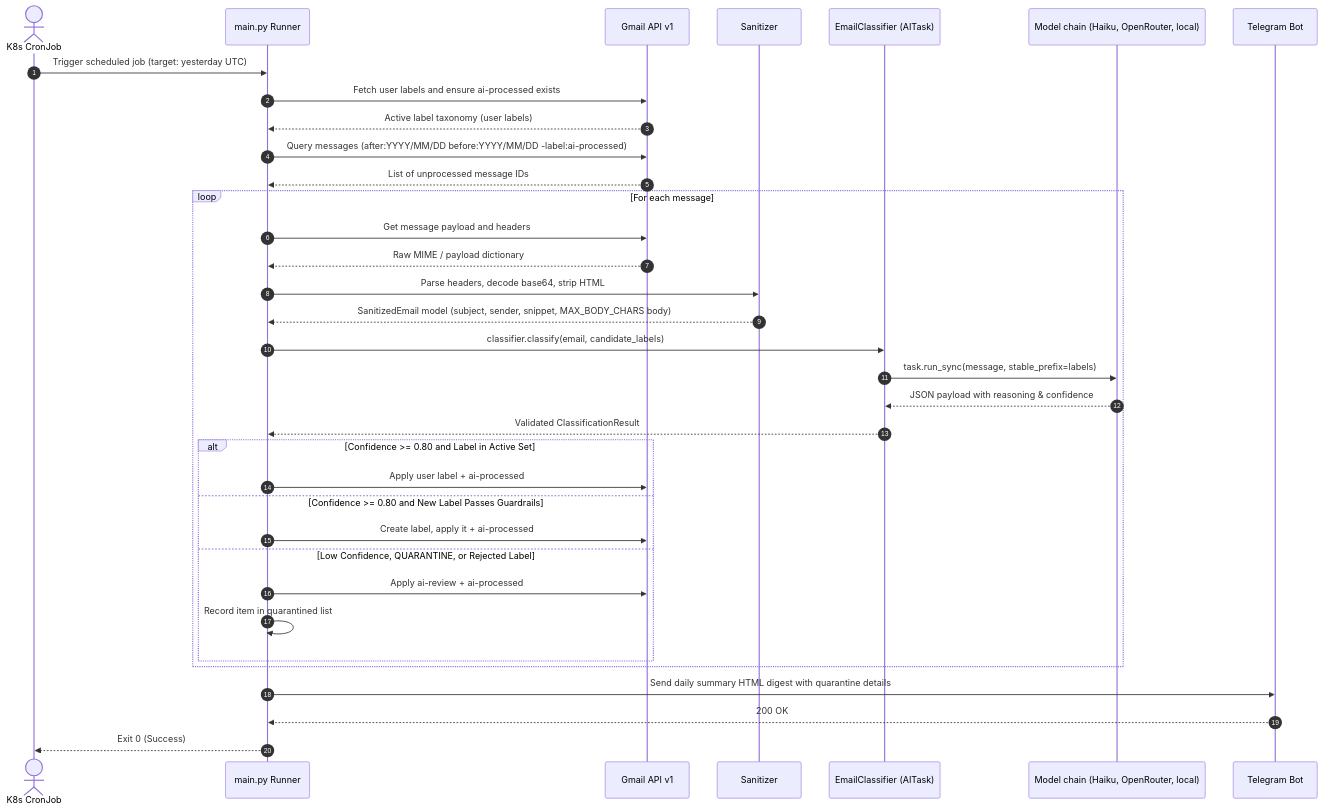
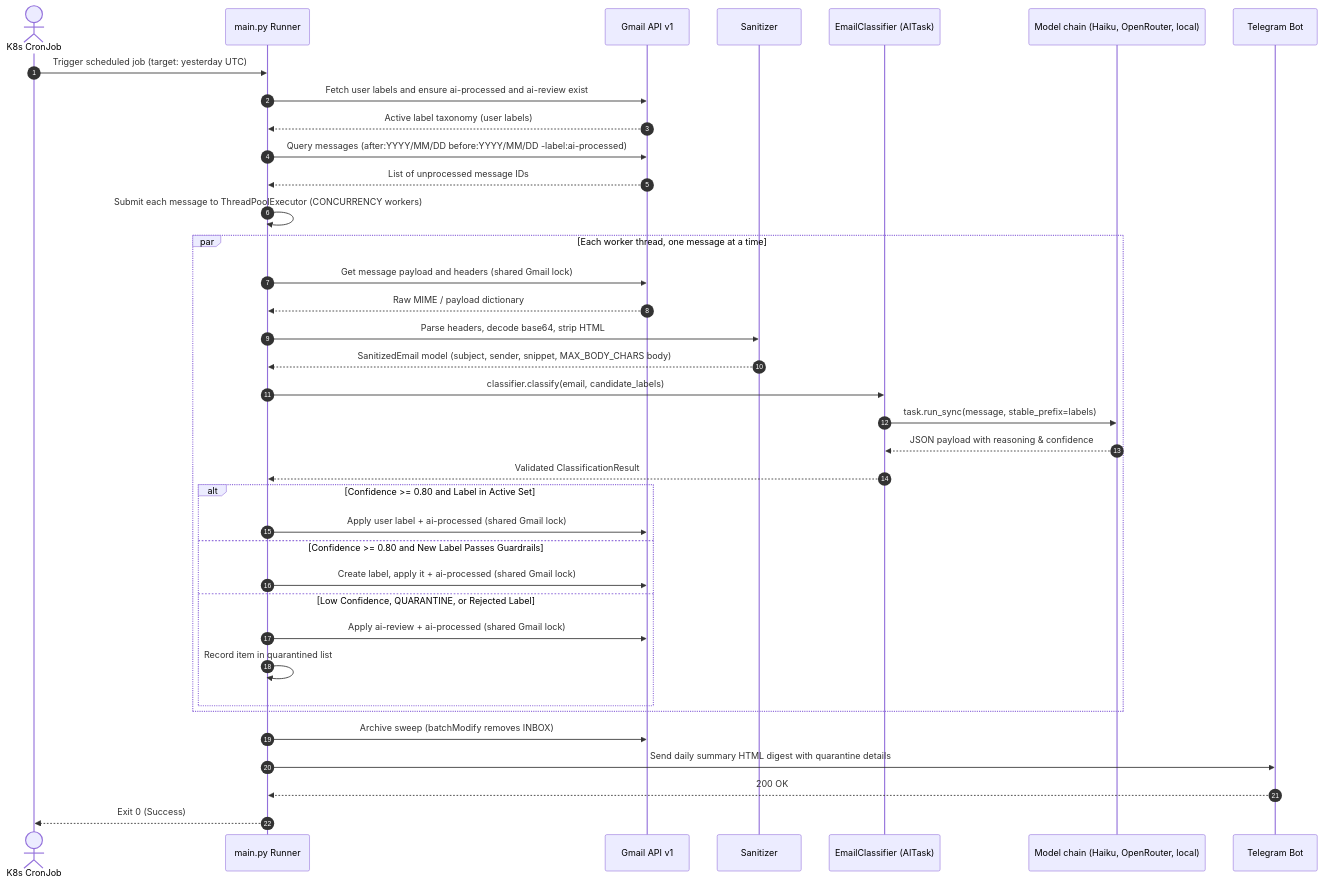
One commit to nsudhanva/homelab changed the second of 2 diagrams in docs/src/content/docs/explanation/gmail-classifier.md. Above: the diagram before and after it, drawn with Mermaid. The commit also changed other lines of this file and 49 other files, not shown here.

````diff
--- a/docs/src/content/docs/explanation/gmail-classifier.md
+++ b/docs/src/content/docs/explanation/gmail-classifier.md
@@ -87,40 +87,42 @@
 ```mermaid
 sequenceDiagram
     autonumber
     actor Cron as K8s CronJob
     participant Pod as main.py Runner
     participant Gmail as Gmail API v1
     participant San as Sanitizer
     participant AI as EmailClassifier (AITask)
     participant LLM as Model chain (Haiku, OpenRouter, local)
     participant TG as Telegram Bot
 
     Cron->>Pod: Trigger scheduled job (target: yesterday UTC)
-    Pod->>Gmail: Fetch user labels and ensure ai-processed exists
+    Pod->>Gmail: Fetch user labels and ensure ai-processed and ai-review exist
     Gmail-->>Pod: Active label taxonomy (user labels)
     Pod->>Gmail: Query messages (after:YYYY/MM/DD before:YYYY/MM/DD -label:ai-processed)
     Gmail-->>Pod: List of unprocessed message IDs
+    Pod->>Pod: Submit each message to ThreadPoolExecutor (CONCURRENCY workers)
 
-    loop For each message
-        Pod->>Gmail: Get message payload and headers
+    par Each worker thread, one message at a time
+        Pod->>Gmail: Get message payload and headers (shared Gmail lock)
         Gmail-->>Pod: Raw MIME / payload dictionary
         Pod->>San: Parse headers, decode base64, strip HTML
         San-->>Pod: SanitizedEmail model (subject, sender, snippet, MAX_BODY_CHARS body)
         Pod->>AI: classifier.classify(email, candidate_labels)
         AI->>LLM: task.run_sync(message, stable_prefix=labels)
         LLM-->>AI: JSON payload with reasoning & confidence
         AI-->>Pod: Validated ClassificationResult
         alt Confidence >= 0.80 and Label in Active Set
-            Pod->>Gmail: Apply user label + ai-processed
+            Pod->>Gmail: Apply user label + ai-processed (shared Gmail lock)
         else Confidence >= 0.80 and New Label Passes Guardrails
-            Pod->>Gmail: Create label, apply it + ai-processed
+            Pod->>Gmail: Create label, apply it + ai-processed (shared Gmail lock)
         else Low Confidence, QUARANTINE, or Rejected Label
-            Pod->>Gmail: Apply ai-review + ai-processed
+            Pod->>Gmail: Apply ai-review + ai-processed (shared Gmail lock)
             Pod->>Pod: Record item in quarantined list
         end
     end
 
+    Pod->>Gmail: Archive sweep (batchModify removes INBOX)
     Pod->>TG: Send daily summary HTML digest with quarantine details
     TG-->>Pod: 200 OK
     Pod-->>Cron: Exit 0 (Success)
 ```
````
